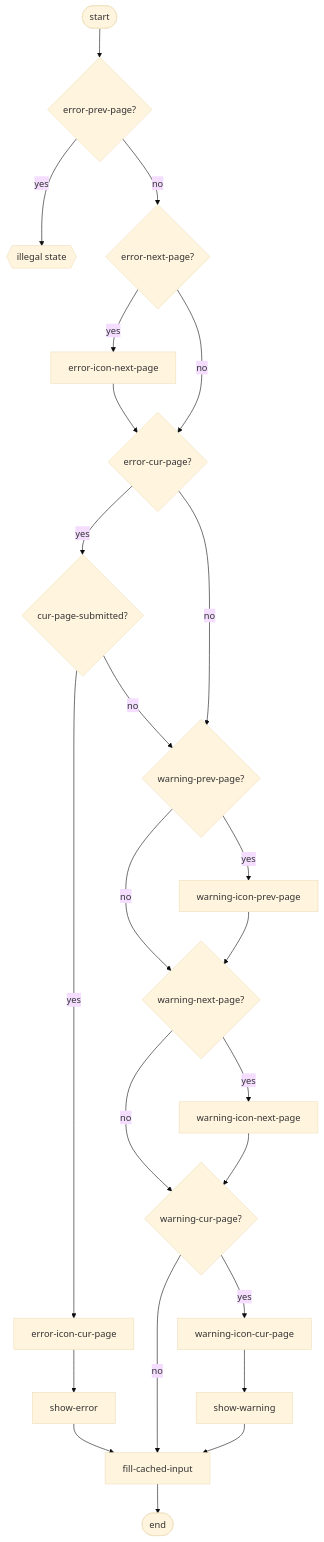
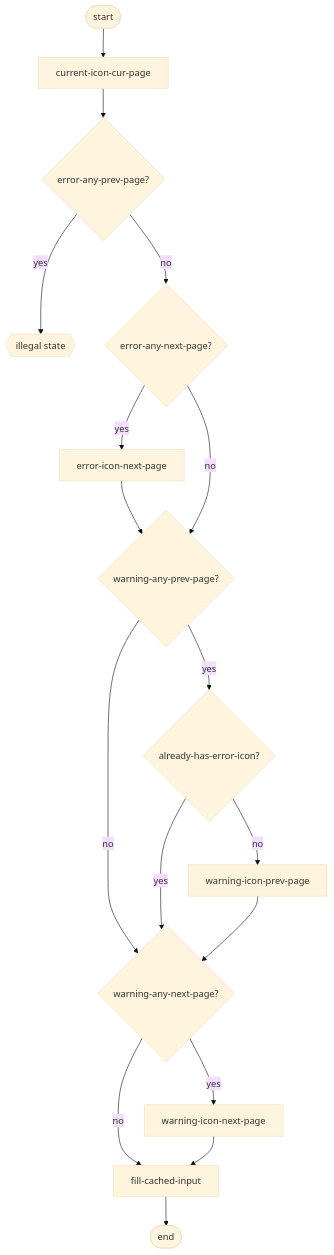
The first of 4 diagrams in documentatie/flowcharts/date-entry-page.md (kiesraad/abacus), drawn with Mermaid (base theme) before and after one commit. The commit also changed other lines of this file, not shown here.

Commit message:
splits render page into render navigation menu and render form

````diff
--- a/documentatie/flowcharts/date-entry-page.md
+++ b/documentatie/flowcharts/date-entry-page.md
@@ -12,64 +12,51 @@
 ```mermaid
 flowchart TD
 
     %% elements
     flow-start([start])
     flow-end([end])
     illegal-state{{illegal state}}
 
-    show-error
+    current-icon-cur-page
+
     error-icon-next-page
     %% error-icon-prev-page is illegal state
-    error-icon-cur-page
 
-    show-warning
     warning-icon-next-page
     warning-icon-prev-page
-    warning-icon-cur-page
 
-    error-next-page{error-next-page?}
-    error-prev-page{error-prev-page?}
-    error-cur-page{error-cur-page?}
+    error-any-next-page{error-any-next-page?}
+    error-any-prev-page{error-any-prev-page?}
 
-    warning-next-page{warning-next-page?}
-    warning-prev-page{warning-prev-page?}
-    warning-cur-page{warning-cur-page?}
+    warning-any-next-page{warning-any-next-page?}
+    warning-any-prev-page{warning-any-prev-page?}
 
-    cur-page-submitted{cur-page-submitted?}
+    already-has-error-icon{already-has-error-icon?}
 
     fill-cached-input
 
     %% flow
-    flow-start --> error-prev-page
+    flow-start --> current-icon-cur-page
+    
+    current-icon-cur-page --> error-any-prev-page
 
-    error-prev-page -- yes --> illegal-state
-    error-prev-page -- no --> error-next-page
+    error-any-prev-page -- yes --> illegal-state
+    error-any-prev-page -- no --> error-any-next-page
 
-    error-next-page -- yes --> error-icon-next-page
-    error-icon-next-page --> error-cur-page
-    error-next-page -- no --> error-cur-page
+    error-any-next-page -- yes --> error-icon-next-page
+    error-icon-next-page --> warning-any-prev-page
+    error-any-next-page -- no --> warning-any-prev-page
 
-    error-cur-page -- yes --> cur-page-submitted
-    cur-page-submitted -- yes --> error-icon-cur-page
-    error-icon-cur-page --> show-error
-    cur-page-submitted -- no --> warning-prev-page
-    error-cur-page -- no --> warning-prev-page
+    warning-any-prev-page -- no --> warning-any-next-page
+    warning-any-prev-page -- yes --> already-has-error-icon
+    already-has-error-icon -- yes --> warning-any-next-page
+    already-has-error-icon -- no --> warning-icon-prev-page
+    warning-icon-prev-page --> warning-any-next-page
 
-    warning-prev-page -- no --> warning-next-page
-    warning-prev-page -- yes --> warning-icon-prev-page
-    warning-icon-prev-page --> warning-next-page
-
-    warning-next-page -- no --> warning-cur-page
-    warning-next-page -- yes --> warning-icon-next-page
-    warning-icon-next-page --> warning-cur-page
-
-    warning-cur-page -- no --> fill-cached-input
-    warning-cur-page -- yes --> warning-icon-cur-page
-    warning-icon-cur-page --> show-warning
-
-    show-error --> fill-cached-input
-    show-warning --> fill-cached-input
+    warning-any-next-page -- no --> fill-cached-input
+    warning-any-next-page -- yes --> warning-icon-next-page
+    warning-icon-next-page --> fill-cached-input
 
     fill-cached-input --> flow-end
 
 ```
````
